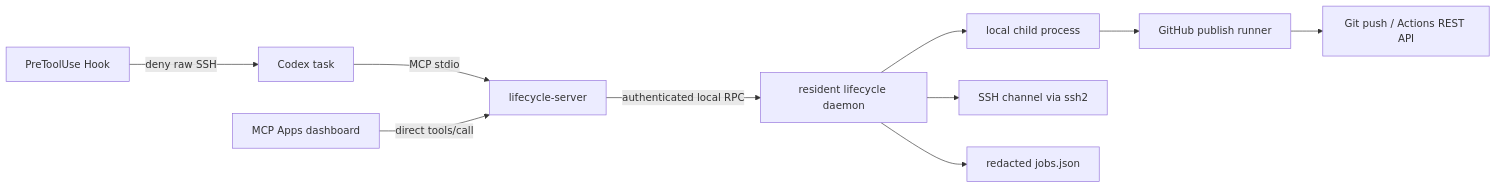
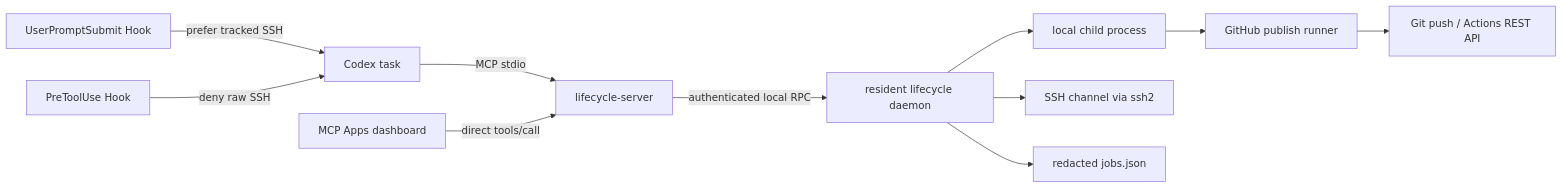
The first of 3 diagrams in docs/REMOTE_JOB_MONITOR_ARCHITECTURE.md (Liyuchen0118/RunBeacon), drawn with Mermaid before and after one commit. The commit also changed other lines of this file and 17 other files, not shown here.

````diff
--- a/docs/REMOTE_JOB_MONITOR_ARCHITECTURE.md
+++ b/docs/REMOTE_JOB_MONITOR_ARCHITECTURE.md
@@ -9,12 +9,13 @@
 ```mermaid
 flowchart LR
   Codex["Codex task"] -->|"MCP stdio"| Shim["lifecycle-server"]
   Shim -->|"authenticated local RPC"| Daemon["resident lifecycle daemon"]
   Daemon --> Local["local child process"]
   Daemon --> SSH["SSH channel via ssh2"]
   Local --> GitRunner["GitHub publish runner"]
   GitRunner --> GitHub["Git push / Actions REST API"]
   Dashboard["MCP Apps dashboard"] -->|"direct tools/call"| Shim
+  PromptHook["UserPromptSubmit Hook"] -->|"prefer tracked SSH"| Codex
   Hook["PreToolUse Hook"] -->|"deny raw SSH"| Codex
   Daemon --> Store["redacted jobs.json"]
 ```
````
